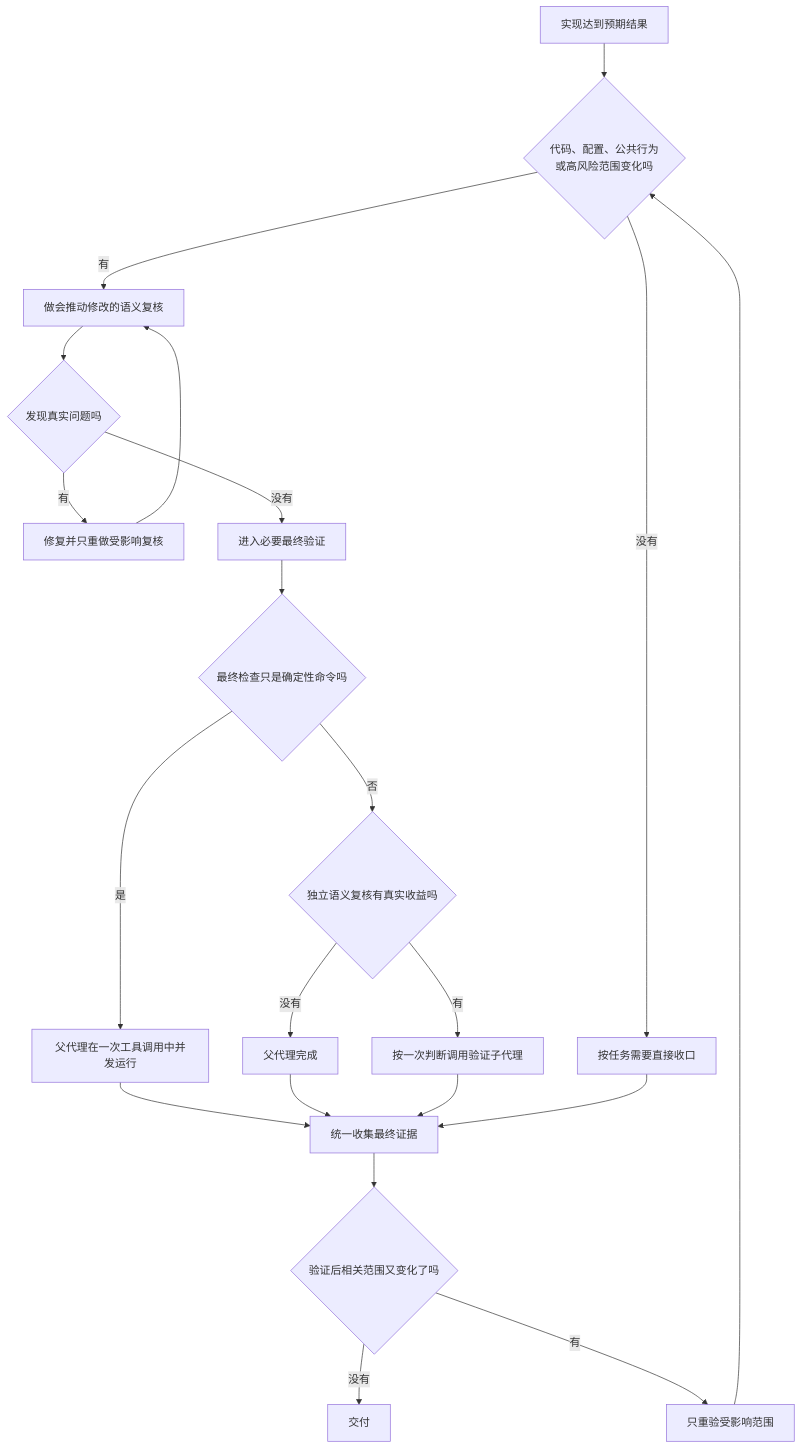
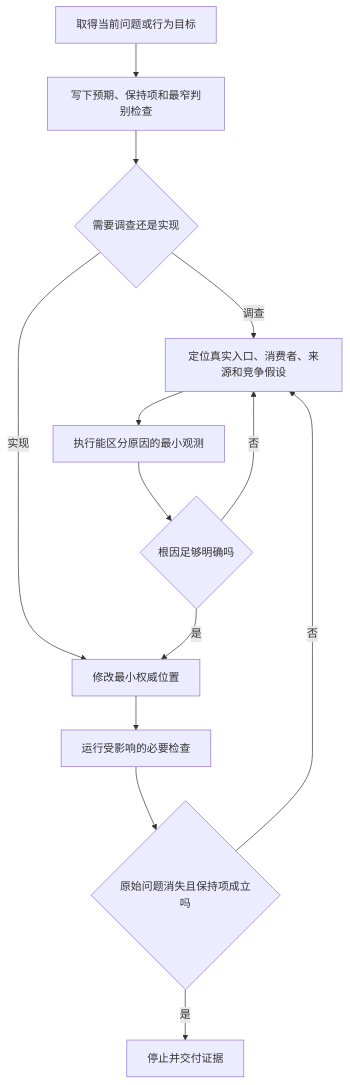
Before and after one commit to Lang45/codex-lean-stack: the ninth of 17 diagrams in skills/lean-stack/references/flowcharts-zh.md, drawn with Mermaid. The commit also changed other lines of this file and 26 other files, not shown here.

````diff
--- a/skills/lean-stack/references/flowcharts-zh.md
+++ b/skills/lean-stack/references/flowcharts-zh.md
@@ -538,23 +191,15 @@
 ```mermaid
 flowchart TD
-    A[实现达到预期结果] --> B{代码、配置、公共行为<br/>或高风险范围变化吗}
-    B -->|没有| C[按任务需要直接收口]
-    B -->|有| D[做会推动修改的语义复核]
-    D --> E{发现真实问题吗}
-    E -->|有| F[修复并只重做受影响复核]
-    F --> D
-    E -->|没有| G[进入必要最终验证]
-    G --> H{最终检查只是确定性命令吗}
-    H -->|是| I[父代理在一次工具调用中并发运行]
-    H -->|否| J{独立语义复核有真实收益吗}
-    J -->|没有| K[父代理完成]
-    J -->|有| L[按一次判断调用验证子代理]
-    I --> M[统一收集最终证据]
-    K --> M
-    L --> M
-    C --> M
-    M --> N{验证后相关范围又变化了吗}
-    N -->|没有| O[交付]
-    N -->|有| P[只重验受影响范围]
-    P --> B
+    A[取得当前问题或行为目标] --> B[写下预期、保持项和最窄判别检查]
+    B --> C{需要调查还是实现}
+    C -->|调查| D[定位真实入口、消费者、来源和竞争假设]
+    C -->|实现| E[修改最小权威位置]
+    D --> F[执行能区分原因的最小观测]
+    F --> G{根因足够明确吗}
+    G -->|否| D
+    G -->|是| E
+    E --> H[运行受影响的必要检查]
+    H --> I{原始问题消失且保持项成立吗}
+    I -->|否| D
+    I -->|是| J[停止并交付证据]
 ```
````
